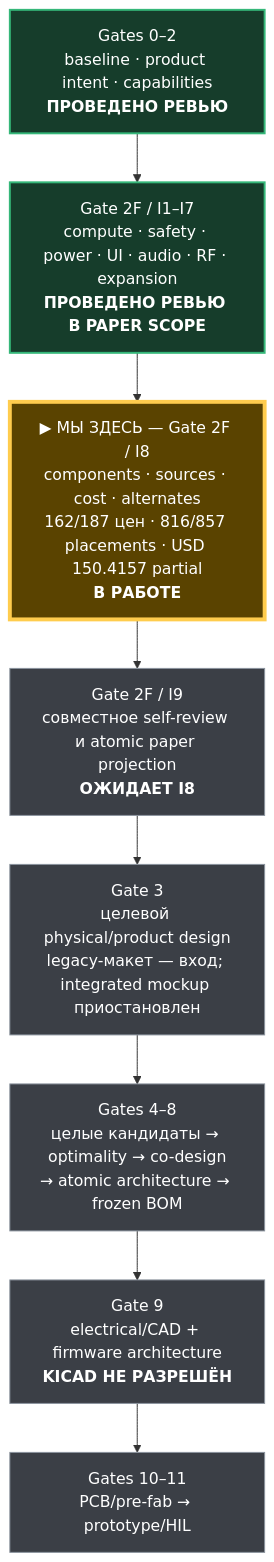
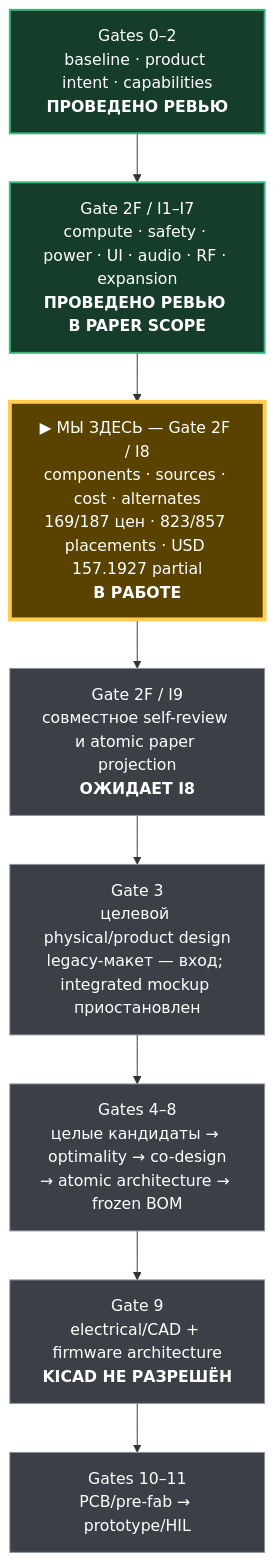
One commit to anton-vinogradov/esp32-leshy2 changed the diagram in docs/review/stages.md. Above: the diagram before and after it, drawn with Mermaid. The commit also changed other lines of this file and 38 other files, not shown here.

````diff
--- a/docs/review/stages.md
+++ b/docs/review/stages.md
@@ -15,20 +15,20 @@
 ```mermaid
 flowchart TD
   G02["Gates 0–2<br/>baseline · product intent · capabilities<br/><b>ПРОВЕДЕНО РЕВЬЮ</b>"]
   I17["Gate 2F / I1–I7<br/>compute · safety · power · UI · audio · RF · expansion<br/><b>ПРОВЕДЕНО РЕВЬЮ В PAPER SCOPE</b>"]
-  I8["▶ МЫ ЗДЕСЬ — Gate 2F / I8<br/>components · sources · cost · alternates<br/>162/187 цен · 816/857 placements · USD 150.4157 partial<br/><b>В РАБОТЕ</b>"]
+  I8["▶ МЫ ЗДЕСЬ — Gate 2F / I8<br/>components · sources · cost · alternates<br/>169/187 цен · 823/857 placements · USD 157.1927 partial<br/><b>В РАБОТЕ</b>"]
   I9["Gate 2F / I9<br/>совместное self-review и atomic paper projection<br/><b>ОЖИДАЕТ I8</b>"]
   G3["Gate 3<br/>целевой physical/product design<br/>legacy-макет — вход; integrated mockup приостановлен"]
   G48["Gates 4–8<br/>целые кандидаты → optimality → co-design<br/>→ atomic architecture → frozen BOM"]
   G9["Gate 9<br/>electrical/CAD + firmware architecture<br/><b>KICAD НЕ РАЗРЕШЁН</b>"]
   G1011["Gates 10–11<br/>PCB/pre-fab → prototype/HIL"]
 
   G02 --> I17 --> I8 --> I9 --> G3 --> G48 --> G9 --> G1011
 
   classDef reviewed fill:#163d2b,stroke:#35b779,color:#ffffff,stroke-width:2px;
   classDef current fill:#5a4300,stroke:#ffcc4d,color:#ffffff,stroke-width:4px;
   classDef blocked fill:#3b3f46,stroke:#8b949e,color:#ffffff,stroke-width:1px;
   class G02,I17 reviewed;
   class I8 current;
   class I9,G3,G48,G9,G1011 blocked;
 ```
````
